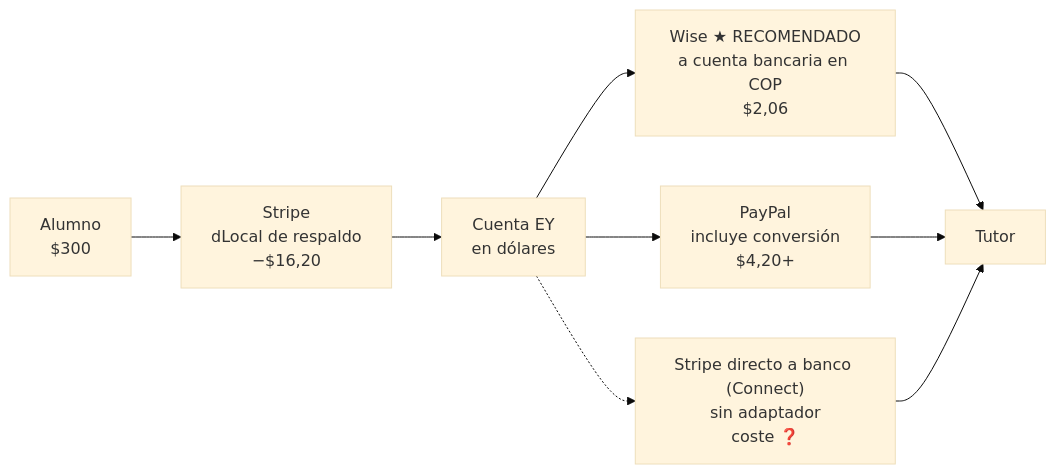
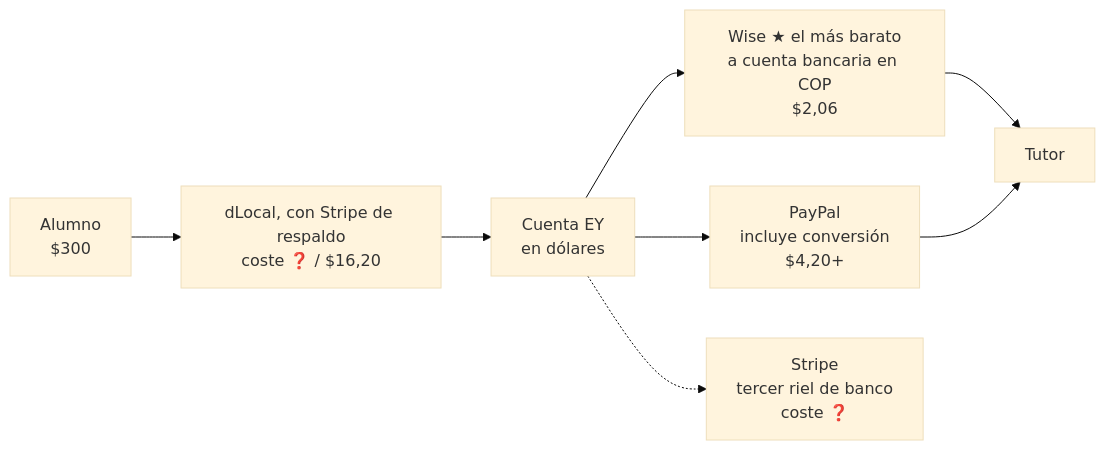
One commit to emiliofaimlab/ensenameya changed the third of 4 diagrams in docs/PAGOS-Y-PAYOUTS.md. Above: the diagram before and after it, drawn with Mermaid (base theme). The commit also changed other lines of this file and 32 other files, not shown here.

````diff
--- a/docs/PAGOS-Y-PAYOUTS.md
+++ b/docs/PAGOS-Y-PAYOUTS.md
@@ -239,11 +162,10 @@
 ```mermaid
 flowchart LR
-  A["Alumno<br/>$300"] --> S["Stripe<br/>dLocal de respaldo<br/>−$16,20"]
+  A["Alumno<br/>$300"] --> S["dLocal, con Stripe de respaldo<br/>coste ❓ / $16,20"]
   S --> C["Cuenta EY<br/>en dólares"]
-  C --> W["Wise ★ RECOMENDADO<br/>a cuenta bancaria en COP<br/>$2,06"]
+  C --> W["Wise ★ el más barato<br/>a cuenta bancaria en COP<br/>$2,06"]
   C --> PP["PayPal<br/>incluye conversión<br/>$4,20+"]
-  C -.-> ST["Stripe directo a banco (Connect)<br/>sin adaptador<br/>coste ❓"]
+  C -.-> ST["Stripe<br/>tercer riel de banco<br/>coste ❓"]
   W --> T["Tutor"]
   PP --> T
-  ST --> T
 ```
````
